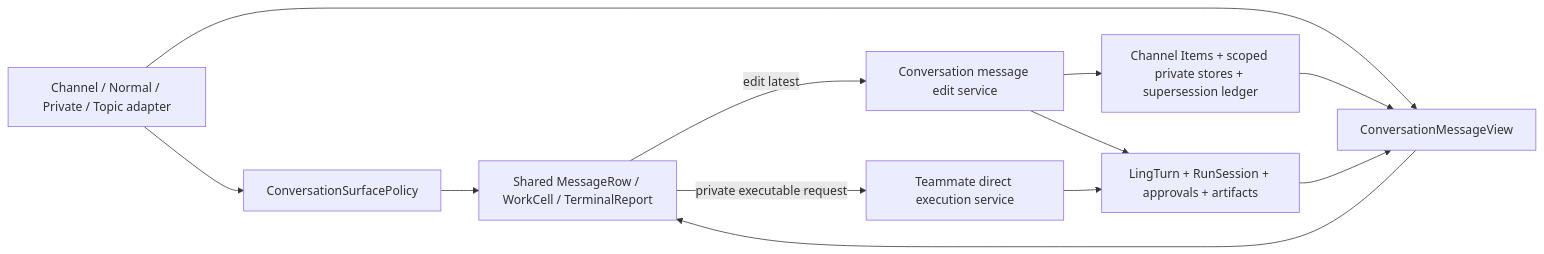
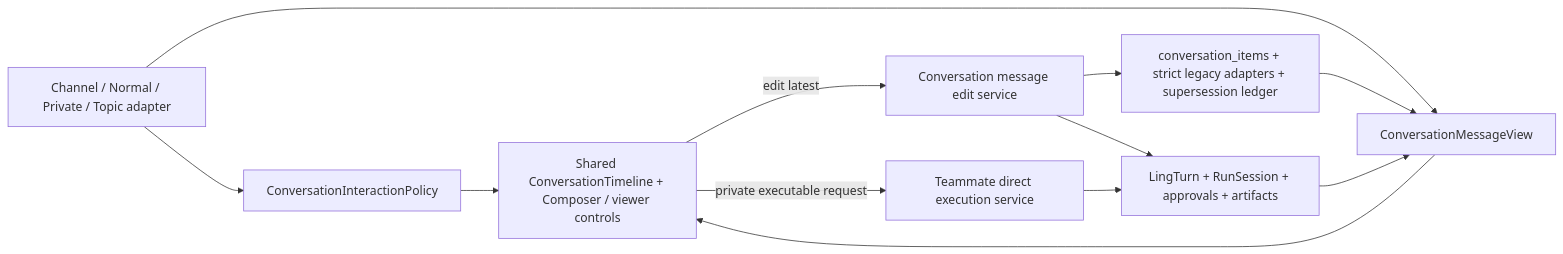
One commit to ling-stack-org/ling-stack changed the first of 3 diagrams in docs/design/conversation-shared-capabilities-detailed-design.md. Above: the diagram before and after it, drawn with Mermaid. The commit also changed other lines of this file and 10 other files, not shown here.

````diff
--- a/docs/design/conversation-shared-capabilities-detailed-design.md
+++ b/docs/design/conversation-shared-capabilities-detailed-design.md
@@ -67,23 +90,23 @@
 ```mermaid
 flowchart LR
   Surface["Channel / Normal / Private / Topic adapter"]
-  Policy["ConversationSurfacePolicy"]
+  Policy["ConversationInteractionPolicy"]
   View["ConversationMessageView"]
-  UI["Shared MessageRow / WorkCell / TerminalReport"]
+  UI["Shared ConversationTimeline + Composer / viewer controls"]
   Edit["Conversation message edit service"]
   Direct["Teammate direct execution service"]
-  Stores["Channel Items + scoped private stores + supersession ledger"]
+  Stores["conversation_items + strict legacy adapters + supersession ledger"]
   Runtime["LingTurn + RunSession + approvals + artifacts"]
 
   Surface --> Policy
   Surface --> View
   Policy --> UI
   View --> UI
   UI -->|"edit latest"| Edit
   UI -->|"private executable request"| Direct
   Edit --> Stores
   Edit --> Runtime
   Direct --> Runtime
   Stores --> View
   Runtime --> View
 ```
````
